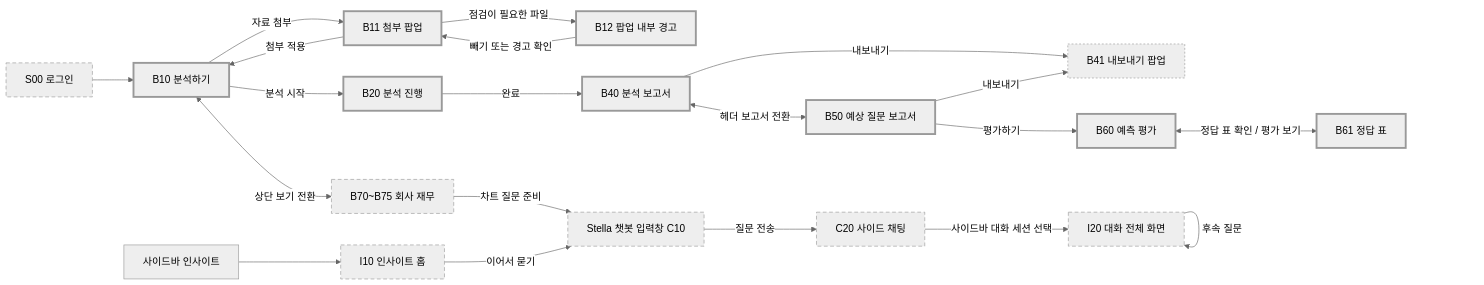
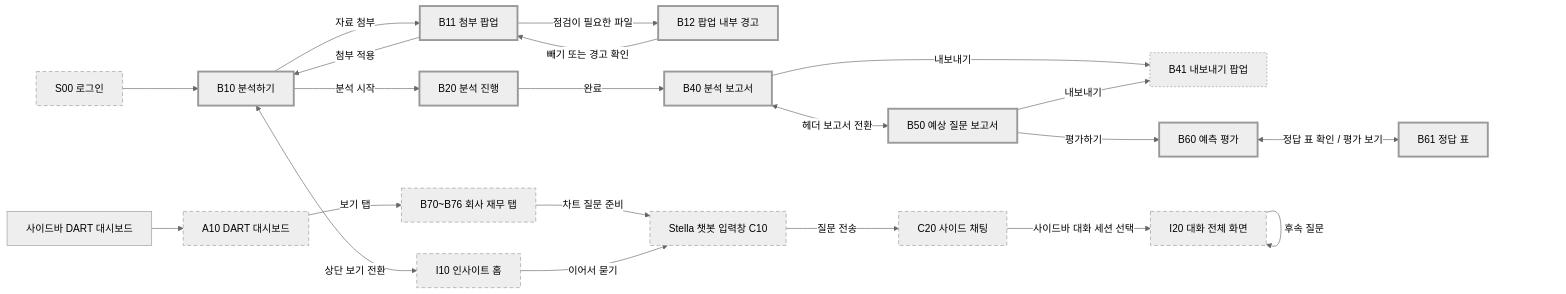
One commit to vamos-team/telescope changed the first of 2 diagrams in docs/frontend/demo/ia.md. Above: the diagram before and after it, drawn with Mermaid (neutral theme). The commit also changed other lines of this file and 1 other file, not shown here.

````diff
--- a/docs/frontend/demo/ia.md
+++ b/docs/frontend/demo/ia.md
@@ -57,26 +57,27 @@
 ```mermaid
 flowchart LR
   classDef must stroke-width:3px
   classDef should stroke-dasharray:3 3
   classDef extra stroke-dasharray:6 4
 
   S00["S00 로그인"]:::extra --> B10["B10 분석하기"]:::must
   B10 -->|자료 첨부| B11["B11 첨부 팝업"]:::must
   B11 -->|점검이 필요한 파일| B12["B12 팝업 내부 경고"]:::must
   B12 -->|빼기 또는 경고 확인| B11
   B11 -->|첨부 적용| B10
   B10 -->|분석 시작| B20["B20 분석 진행"]:::must
   B20 -->|완료| B40["B40 분석 보고서"]:::must
   B40 <-->|헤더 보고서 전환| B50["B50 예상 질문 보고서"]:::must
   B40 -->|내보내기| B41["B41 내보내기 팝업"]:::should
   B50 -->|내보내기| B41
   B50 -->|평가하기| B60["B60 예측 평가"]:::must
   B60 <-->|정답 표 확인 / 평가 보기| B61["B61 정답 표"]:::must
-  B10 <-->|상단 보기 전환| B70["B70~B75 회사 재무"]:::extra
-  NAV["사이드바 인사이트"] --> I10["I10 인사이트 홈"]:::extra
+  B10 <-->|상단 보기 전환| I10["I10 인사이트 홈"]:::extra
+  NAV["사이드바 DART 대시보드"] --> A10["A10 DART 대시보드"]:::extra
+  A10 -->|보기 탭| B70["B70~B76 회사 재무 탭"]:::extra
   B70 -->|차트 질문 준비| C10["Stella 챗봇 입력창 C10"]:::extra
   I10 -->|이어서 묻기| C10
   C10 -->|질문 전송| C20["C20 사이드 채팅"]:::extra
   C20 -->|사이드바 대화 세션 선택| I20["I20 대화 전체 화면"]:::extra
   I20 -->|후속 질문| I20
 ```
````
